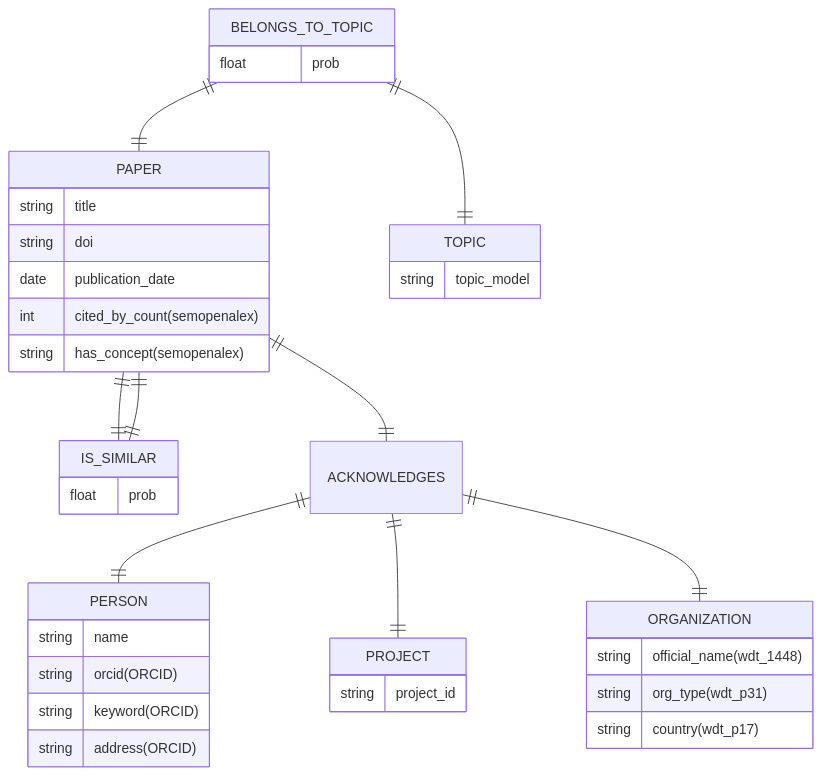
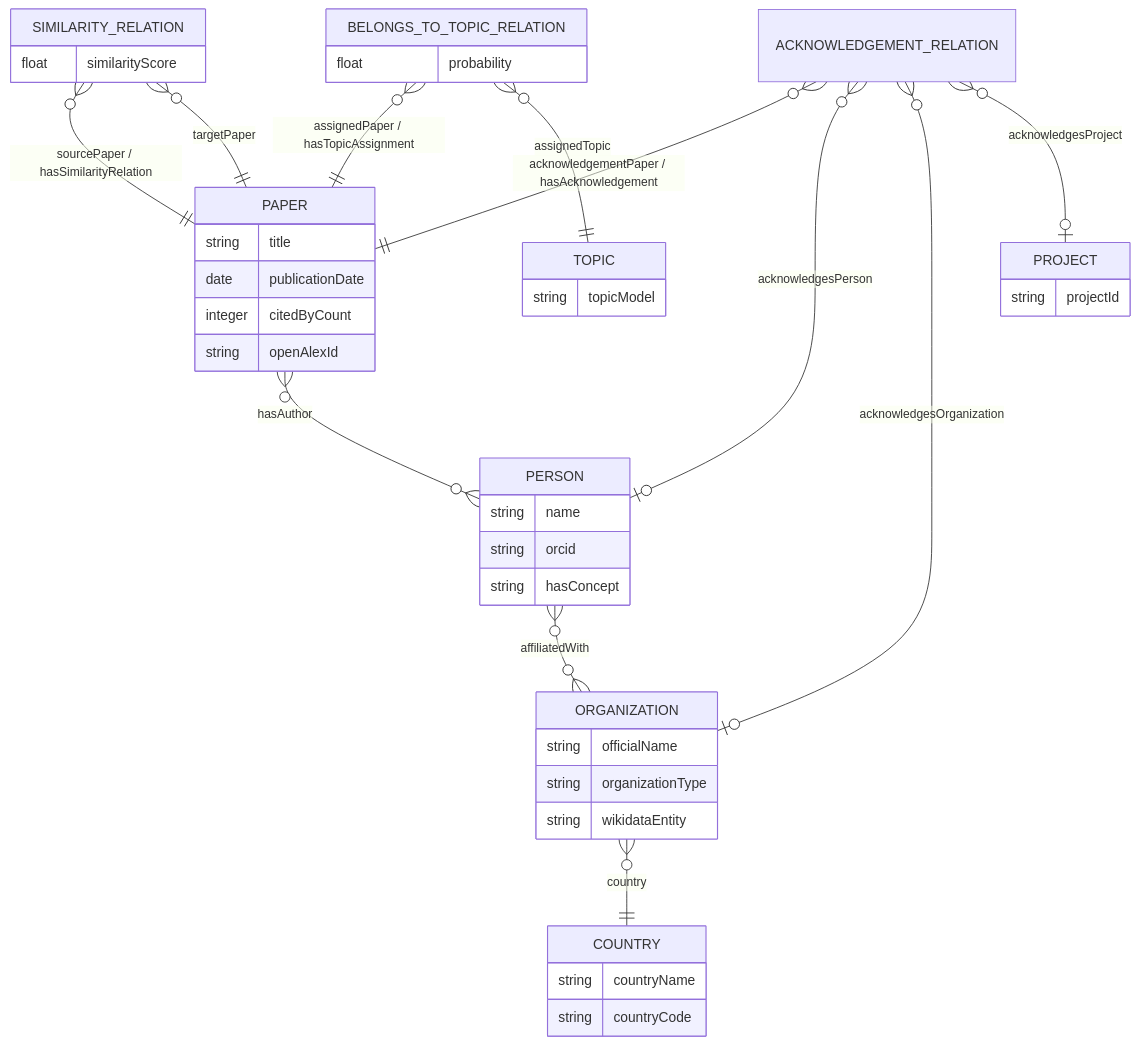
Before and after one commit to pcalle23/CienciaAbierta: the diagram in onlology.md, drawn with Mermaid. The commit also changed other lines of this file, not shown here.

Commit message:
Updated ontology

````diff
--- a/onlology.md
+++ b/onlology.md
@@ -37,52 +30,63 @@
 ```mermaid
 erDiagram
-	PAPER {
-		string title
-		string doi
-		date publication_date
-		int cited_by_count(semopenalex)
-		string has_concept(semopenalex)
-	}
-	
-	PERSON {
-		string name
-		string orcid(ORCID)
-		string keyword(ORCID)
-		string address(ORCID)
-	}
-	
-	ORGANIZATION {
-		string official_name(wdt_1448)
-		string org_type(wdt_p31)
-		string country(wdt_p17)
-	}
-	
-	PROJECT {
-		string project_id
-	}
-	
-	TOPIC {
-		string topic_model
-	}
-	
-	BELONGS_TO_TOPIC{
-		float prob
-	}
-	
-	IS_SIMILAR{
-		float prob
-	}
-	
-	ACKNOWLEDGES{
-		
-	}
-	
-	BELONGS_TO_TOPIC ||--|| PAPER : ""
-	BELONGS_TO_TOPIC ||--|| TOPIC : ""
-	IS_SIMILAR ||--|| PAPER : ""
-	PAPER ||--|| IS_SIMILAR : ""
-	ACKNOWLEDGES ||--|| PERSON : ""
-	ACKNOWLEDGES ||--|| PROJECT : ""
-	ACKNOWLEDGES ||--|| ORGANIZATION : ""
-	PAPER ||--|| ACKNOWLEDGES : ""
+    %% ENTIDADES Y ATRIBUTOS
+    PAPER {
+        string title
+        date publicationDate
+        integer citedByCount
+        string openAlexId
+    }
+
+    PERSON {
+        string name
+        string orcid
+        string hasConcept
+    }
+
+    ORGANIZATION {
+        string officialName
+        string organizationType
+        string wikidataEntity
+    }
+
+    COUNTRY {
+        string countryName
+        string countryCode
+    }
+
+    PROJECT {
+        string projectId
+    }
+
+    TOPIC {
+        string topicModel
+    }
+
+    %% Relaciones N-arias
+    BELONGS_TO_TOPIC_RELATION {
+        float probability
+    }
+
+    SIMILARITY_RELATION {
+        float similarityScore
+    }
+
+    ACKNOWLEDGEMENT_RELATION {
+        
+    }
+
+    PAPER }o--o{ PERSON : "hasAuthor"
+    PERSON }o--o{ ORGANIZATION : "affiliatedWith"
+    ORGANIZATION }o--|| COUNTRY : "country"
+
+    BELONGS_TO_TOPIC_RELATION }o--|| PAPER : "assignedPaper / hasTopicAssignment"
+    BELONGS_TO_TOPIC_RELATION }o--|| TOPIC : "assignedTopic"
+
+    SIMILARITY_RELATION }o--|| PAPER : "sourcePaper / hasSimilarityRelation"
+    SIMILARITY_RELATION }o--|| PAPER : "targetPaper"
+
+    ACKNOWLEDGEMENT_RELATION }o--|| PAPER : "acknowledgementPaper / hasAcknowledgement"
+    ACKNOWLEDGEMENT_RELATION }o--o| PERSON : "acknowledgesPerson"
+    ACKNOWLEDGEMENT_RELATION }o--o| ORGANIZATION : "acknowledgesOrganization"
+    ACKNOWLEDGEMENT_RELATION }o--o| PROJECT : "acknowledgesProject"
 ```
````
